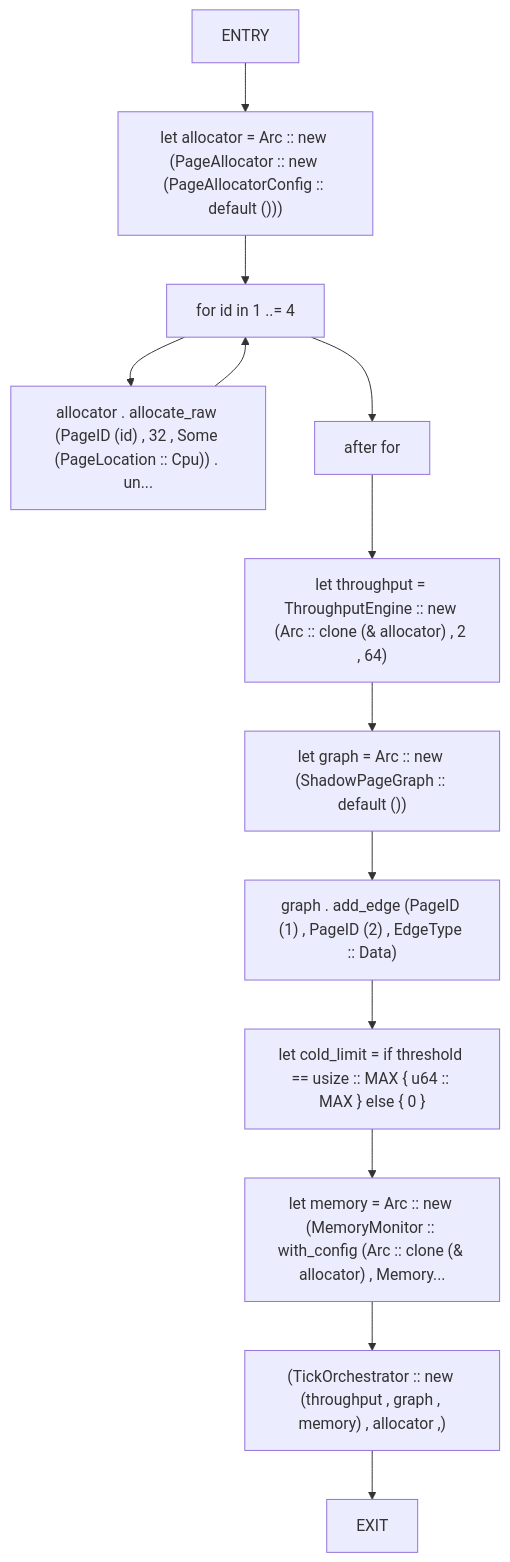
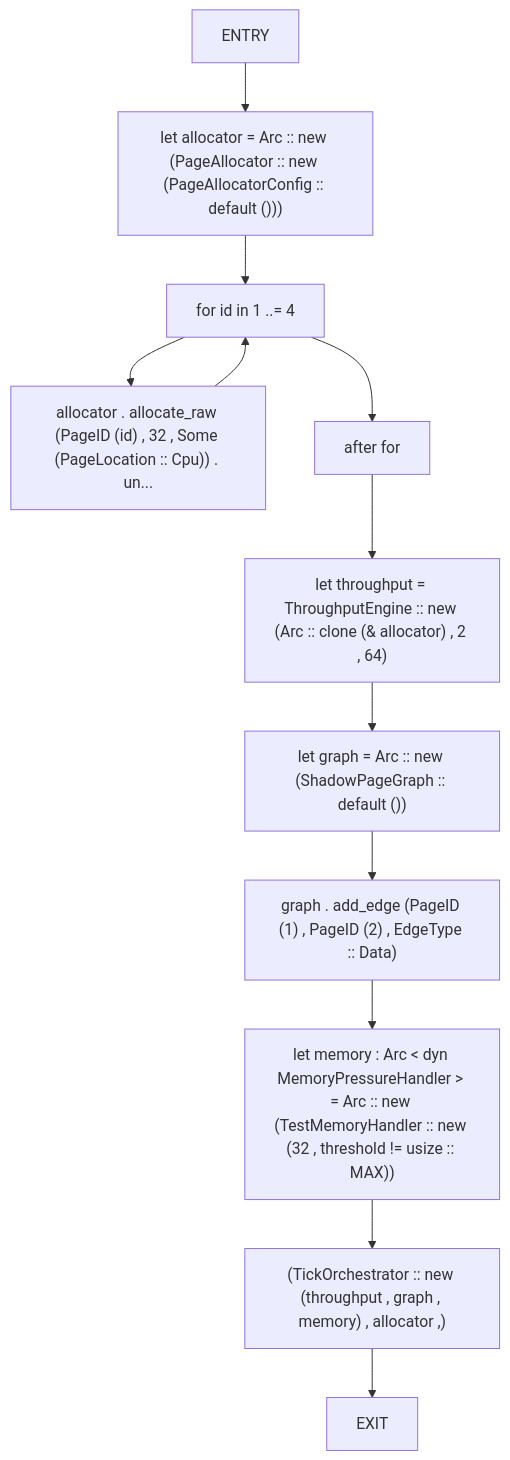
One commit to cicero-violate/MMSB changed the tenth of 20 diagrams in docs/analysis/cfg/040-src-04_propagation.md. Above: the diagram before and after it, drawn with Mermaid. The commit also changed other lines of this file and 75 other files, not shown here.

````diff
--- a/docs/analysis/cfg/040-src-04_propagation.md
+++ b/docs/analysis/cfg/040-src-04_propagation.md
@@ -263,27 +263,25 @@
 ```mermaid
 flowchart TD
     orchestrator_0["ENTRY"]
     orchestrator_1["let allocator = Arc :: new (PageAllocator :: new (PageAllocatorConfig :: default ()))"]
     orchestrator_2["for id in 1 ..= 4"]
     orchestrator_3["allocator . allocate_raw (PageID (id) , 32 , Some (PageLocation :: Cpu)) . un..."]
     orchestrator_4["after for"]
     orchestrator_5["let throughput = ThroughputEngine :: new (Arc :: clone (& allocator) , 2 , 64)"]
     orchestrator_6["let graph = Arc :: new (ShadowPageGraph :: default ())"]
     orchestrator_7["graph . add_edge (PageID (1) , PageID (2) , EdgeType :: Data)"]
-    orchestrator_8["let cold_limit = if threshold == usize :: MAX { u64 :: MAX } else { 0 }"]
-    orchestrator_9["let memory = Arc :: new (MemoryMonitor :: with_config (Arc :: clone (& allocator) , Memory..."]
-    orchestrator_10["(TickOrchestrator :: new (throughput , graph , memory) , allocator ,)"]
-    orchestrator_11["EXIT"]
+    orchestrator_8["let memory : Arc < dyn MemoryPressureHandler > = Arc :: new (TestMemoryHandler :: new (32 , threshold != usize :: MAX))"]
+    orchestrator_9["(TickOrchestrator :: new (throughput , graph , memory) , allocator ,)"]
+    orchestrator_10["EXIT"]
     orchestrator_0 --> orchestrator_1
     orchestrator_1 --> orchestrator_2
     orchestrator_2 --> orchestrator_3
     orchestrator_3 --> orchestrator_2
     orchestrator_2 --> orchestrator_4
     orchestrator_4 --> orchestrator_5
     orchestrator_5 --> orchestrator_6
     orchestrator_6 --> orchestrator_7
     orchestrator_7 --> orchestrator_8
     orchestrator_8 --> orchestrator_9
     orchestrator_9 --> orchestrator_10
-    orchestrator_10 --> orchestrator_11
 ```
````
